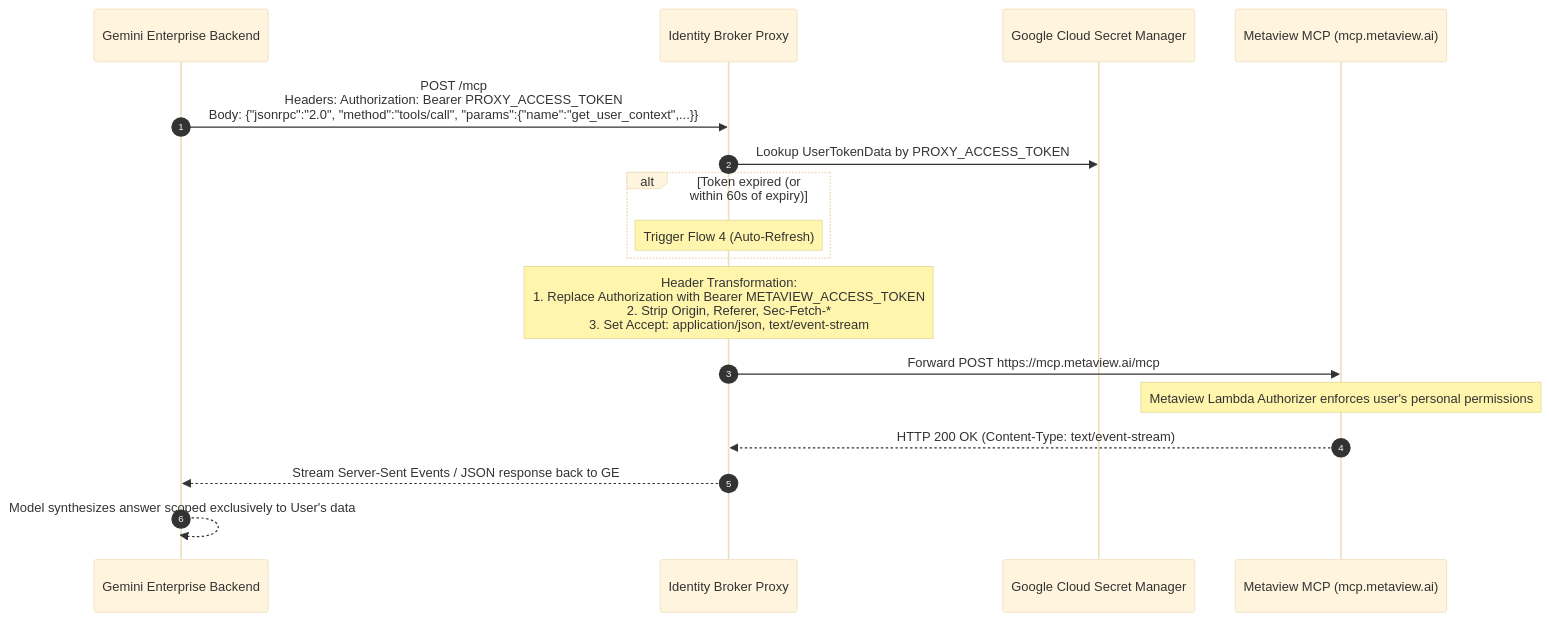
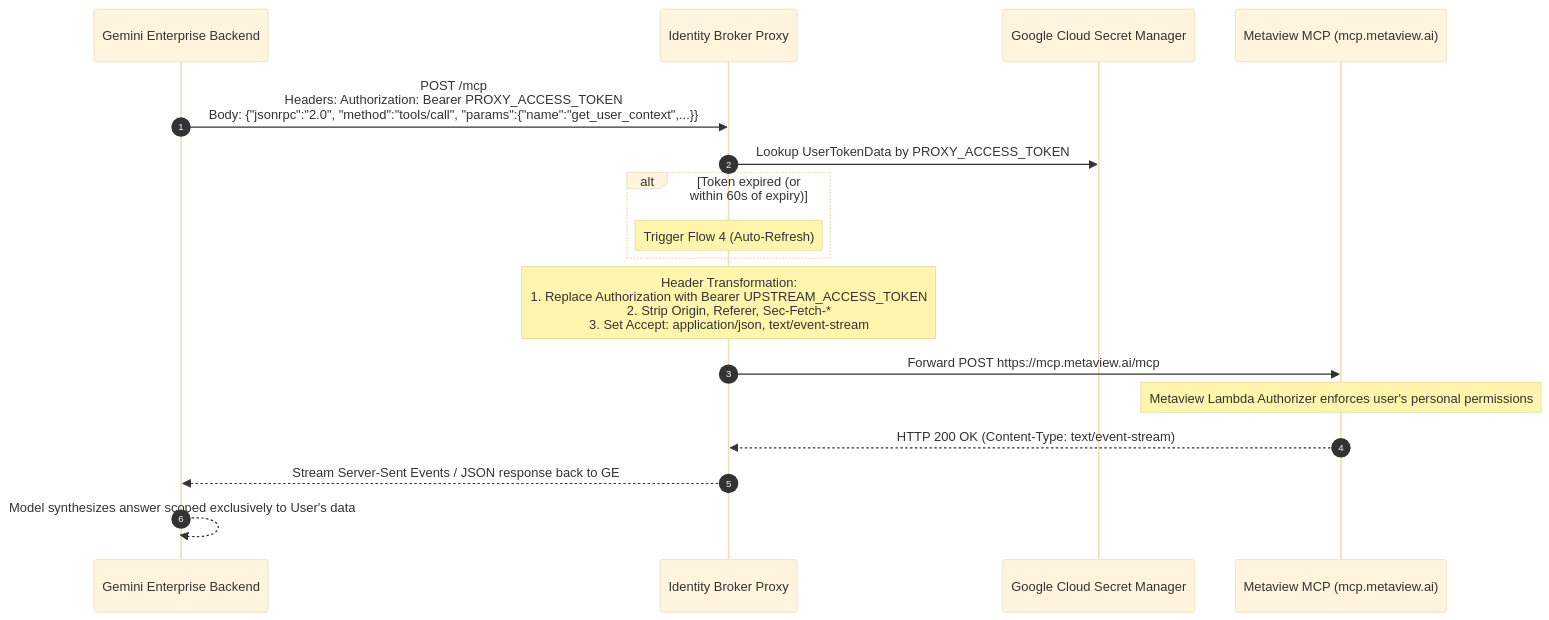
One commit to mpolski/ge-mcp-auth-proxy changed the third of 3 diagrams in docs/ARCHITECTURE.md. Above: the diagram before and after it, drawn with Mermaid (base theme). The commit also changed other lines of this file and 24 other files, not shown here.

````diff
--- a/docs/ARCHITECTURE.md
+++ b/docs/ARCHITECTURE.md
@@ -187,20 +196,20 @@
 ```mermaid
 sequenceDiagram
     autonumber
     participant GE as Gemini Enterprise Backend
     participant Proxy as Identity Broker Proxy
     participant SM as Google Cloud Secret Manager
     participant MVMCP as Metaview MCP (mcp.metaview.ai)
 
     GE->>Proxy: POST /mcp<br/>Headers: Authorization: Bearer PROXY_ACCESS_TOKEN<br/>Body: {"jsonrpc":"2.0", "method":"tools/call", "params":{"name":"get_user_context",...}}
     Proxy->>SM: Lookup UserTokenData by PROXY_ACCESS_TOKEN
     alt Token expired (or within 60s of expiry)
         Note over Proxy: Trigger Flow 4 (Auto-Refresh)
     end
-    Note over Proxy: Header Transformation:<br/>1. Replace Authorization with Bearer METAVIEW_ACCESS_TOKEN<br/>2. Strip Origin, Referer, Sec-Fetch-*<br/>3. Set Accept: application/json, text/event-stream
+    Note over Proxy: Header Transformation:<br/>1. Replace Authorization with Bearer UPSTREAM_ACCESS_TOKEN<br/>2. Strip Origin, Referer, Sec-Fetch-*<br/>3. Set Accept: application/json, text/event-stream
     Proxy->>MVMCP: Forward POST https://mcp.metaview.ai/mcp
     Note over MVMCP: Metaview Lambda Authorizer enforces user's personal permissions
     MVMCP-->>Proxy: HTTP 200 OK (Content-Type: text/event-stream)
     Proxy-->>GE: Stream Server-Sent Events / JSON response back to GE
     GE-->>GE: Model synthesizes answer scoped exclusively to User's data
 ```
````
